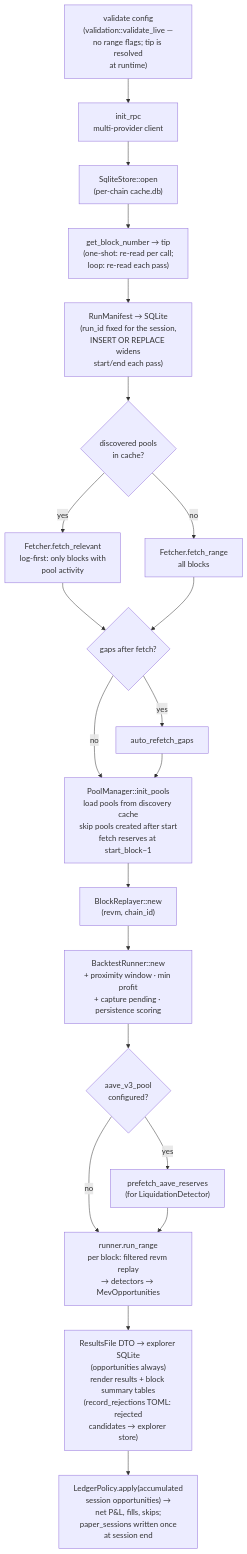
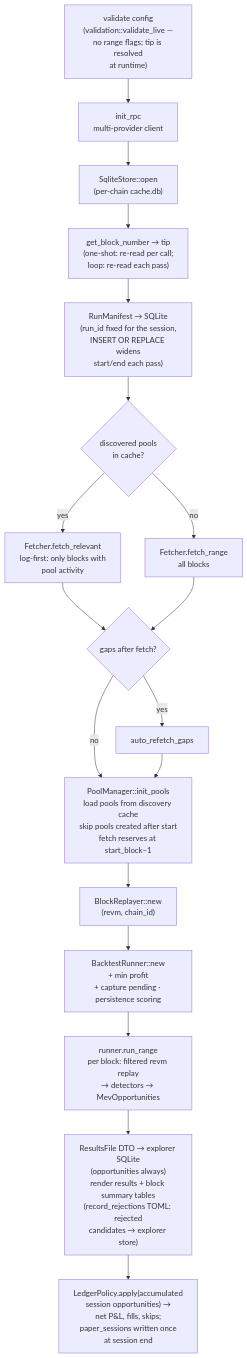
Before and after one commit to moha-moradi/mev-scout: the sixth of 11 diagrams in docs/ARCHITECTURE.md, drawn with Mermaid. The commit also changed other lines of this file and 28 other files, not shown here.

````diff
--- a/docs/ARCHITECTURE.md
+++ b/docs/ARCHITECTURE.md
@@ -319,23 +319,20 @@
 ```mermaid
 flowchart TB
     A["validate config<br/>(validation::validate_live —<br/>no range flags; tip is resolved<br/>at runtime)"] --> B["init_rpc<br/>multi-provider client"]
     B --> C["SqliteStore::open<br/>(per-chain cache.db)"]
     C --> D["get_block_number → tip<br/>(one-shot: re-read per call;<br/>loop: re-read each pass)"]
     D --> E["RunManifest → SQLite<br/>(run_id fixed for the session,<br/>INSERT OR REPLACE widens<br/>start/end each pass)"]
     E --> F{"discovered pools<br/>in cache?"}
     F -- "yes" --> G["Fetcher.fetch_relevant<br/>log-first: only blocks with<br/>pool activity"]
     F -- "no" --> H["Fetcher.fetch_range<br/>all blocks"]
     G --> I{"gaps after fetch?"}
     H --> I
     I -- yes --> J["auto_refetch_gaps"]
     I -- no --> K
     J --> K["PoolManager::init_pools<br/>load pools from discovery cache<br/>skip pools created after start<br/>fetch reserves at start_block−1"]
     K --> L["BlockReplayer::new<br/>(revm, chain_id)"]
-    L --> M["BacktestRunner::new<br/>+ proximity window · min profit<br/>+ capture pending · persistence scoring"]
-    M --> N{"aave_v3_pool<br/>configured?"}
-    N -- yes --> O["prefetch_aave_reserves<br/>(for LiquidationDetector)"]
-    N -- no --> P
-    O --> P["runner.run_range<br/>per block: filtered revm replay<br/>→ detectors → MevOpportunities"]
+    L --> M["BacktestRunner::new<br/>+ min profit<br/>+ capture pending · persistence scoring"]
+    M --> P["runner.run_range<br/>per block: filtered revm replay<br/>→ detectors → MevOpportunities"]
     P --> Q["ResultsFile DTO → explorer SQLite<br/>(opportunities always)<br/>render results + block summary tables<br/>(record_rejections TOML: rejected<br/>candidates → explorer store)"]
     Q --> R["LedgerPolicy.apply(accumulated<br/>session opportunities) →<br/>net P&L, fills, skips;<br/>paper_sessions written once<br/>at session end"]
 ```
````
